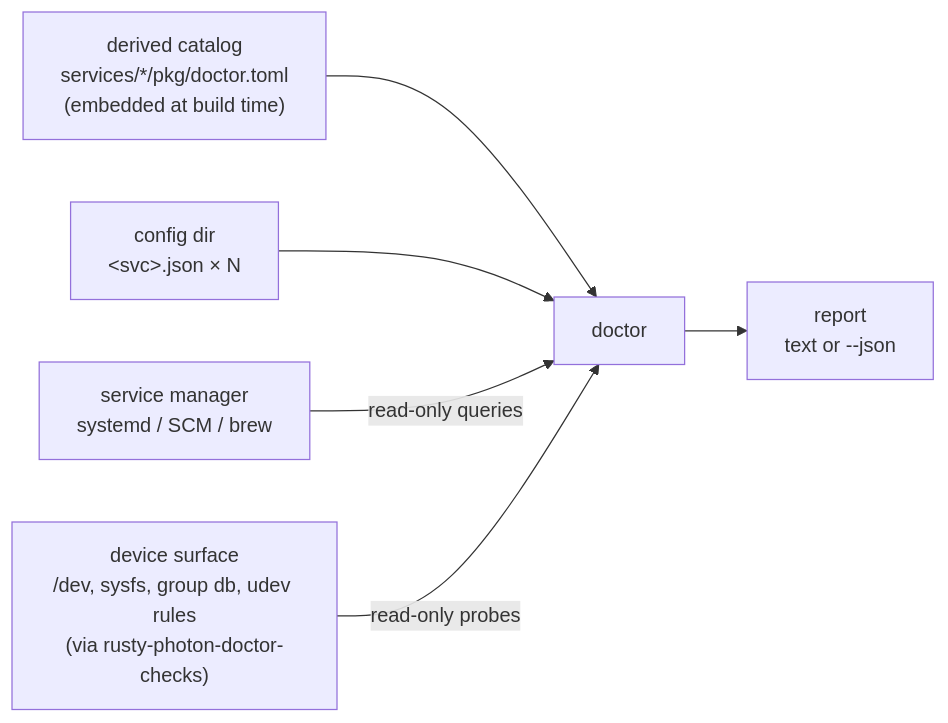
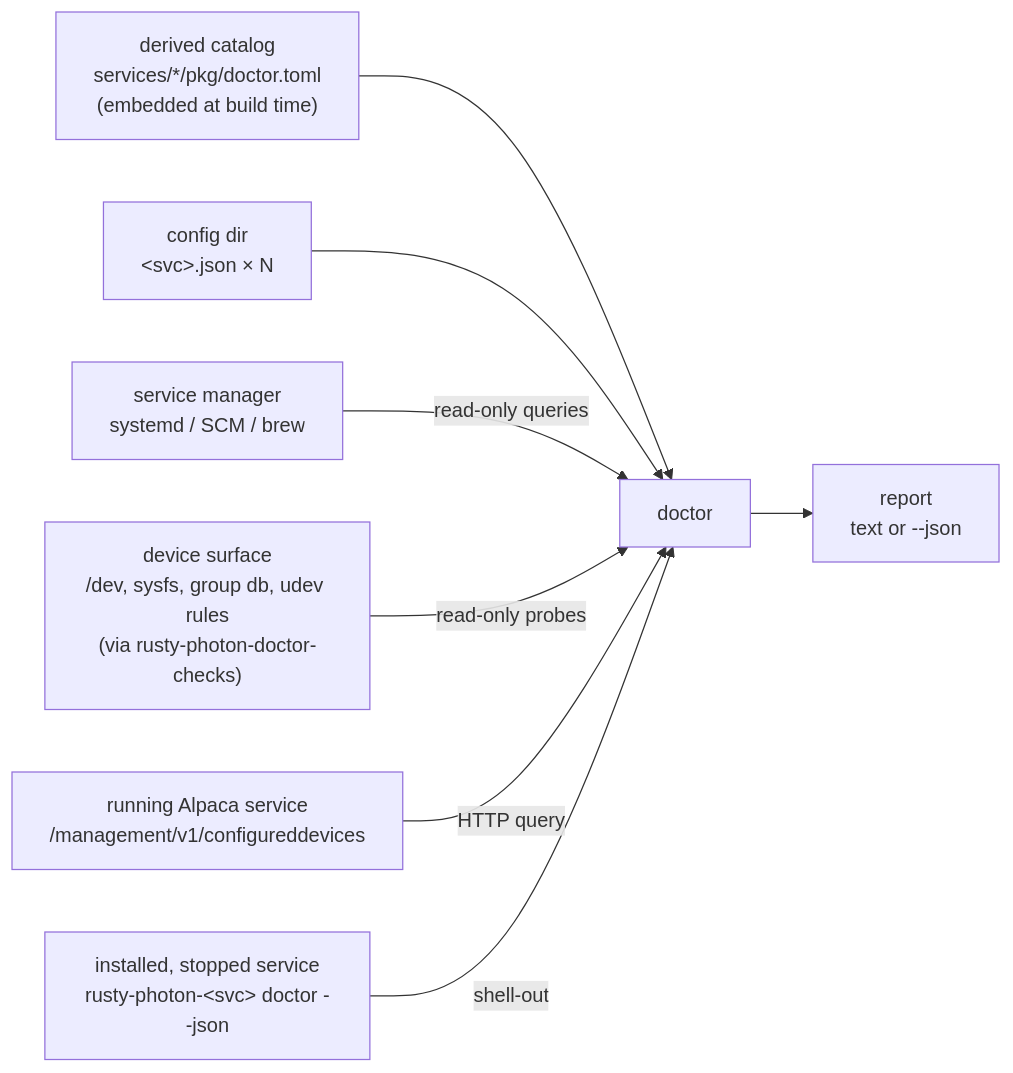
The diagram in docs/services/doctor.md (ivonnyssen/rusty-photon), drawn with Mermaid before and after one commit. The commit also changed other lines of this file and 191 other files, not shown here.

First line of the commit message:
feat(doctor): D5 — per-service doctor subcommands + central aggregation (#568)

````diff
--- a/docs/services/doctor.md
+++ b/docs/services/doctor.md
@@ -33,8 +36,10 @@
 ```mermaid
 graph LR
     catalog["derived catalog<br/>services/*/pkg/doctor.toml<br/>(embedded at build time)"] --> doctor[doctor]
     configs["config dir<br/>&lt;svc&gt;.json × N"] --> doctor
     sm["service manager<br/>systemd / SCM / brew"] -->|read-only queries| doctor
     hw["device surface<br/>/dev, sysfs, group db, udev rules<br/>(via rusty-photon-doctor-checks)"] -->|read-only probes| doctor
+    svc_up["running Alpaca service<br/>/management/v1/configureddevices"] -->|HTTP query| doctor
+    svc_down["installed, stopped service<br/>rusty-photon-&lt;svc&gt; doctor --json"] -->|shell-out| doctor
     doctor --> report["report<br/>text or --json"]
 ```
````
